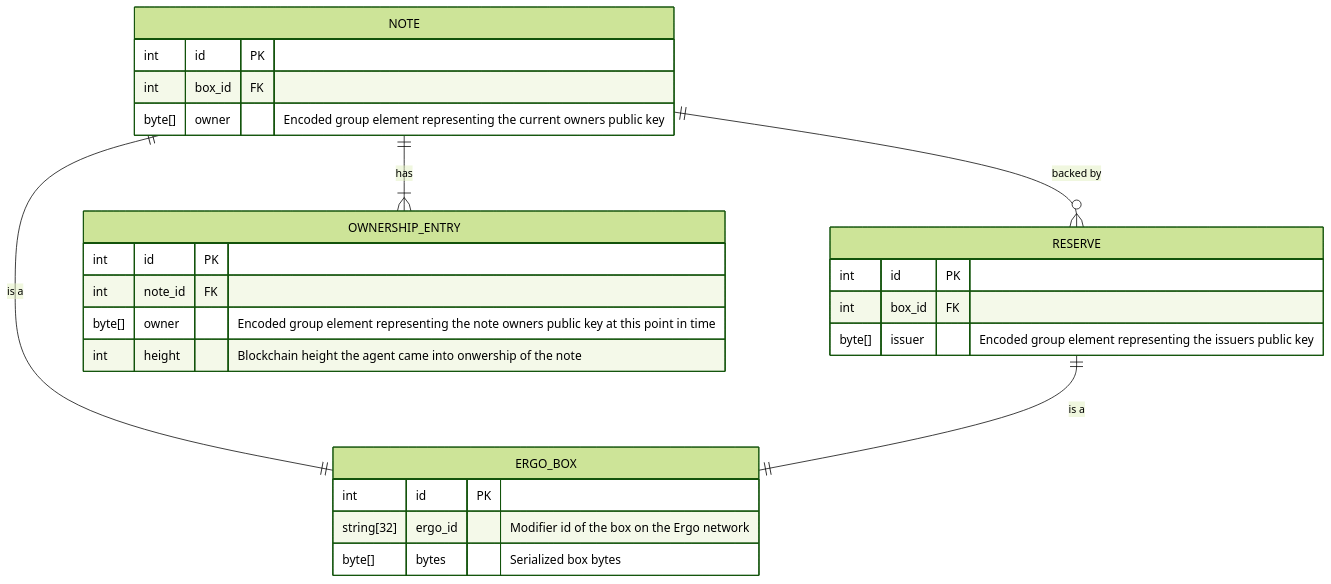
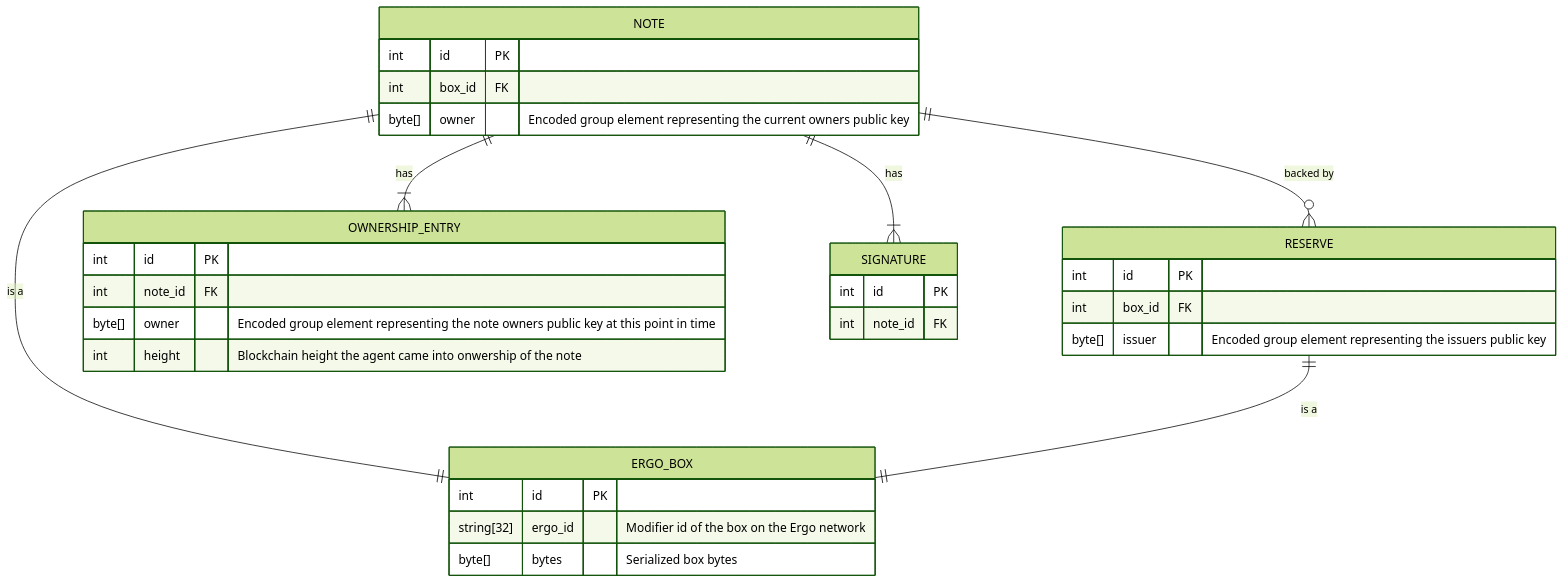
Before and after one commit to ChainCashLabs/chaincash-rs: the diagram in docs/MODEL.md, drawn with Mermaid (forest theme).

Commit message:
add signature model

````diff
--- a/docs/MODEL.md
+++ b/docs/MODEL.md
@@ -5,28 +5,33 @@
 ```mermaid
 erDiagram
     NOTE {
         int id PK
         int box_id FK
         byte[] owner "Encoded group element representing the current owners public key"
     }
     RESERVE {
         int id PK
         int box_id FK
         byte[] issuer "Encoded group element representing the issuers public key"
     }
     ERGO_BOX {
         int id PK
         string[32] ergo_id "Modifier id of the box on the Ergo network"
         byte[] bytes "Serialized box bytes"
     }
     OWNERSHIP_ENTRY {
         int id PK
         int note_id FK
         byte[] owner "Encoded group element representing the note owners public key at this point in time"
         int height "Blockchain height the agent came into onwership of the note"
     }
+    SIGNATURE {
+        int id PK
+        int note_id FK
+    }
     NOTE ||--o{ RESERVE : "backed by"
     NOTE ||--|{ OWNERSHIP_ENTRY : "has"
+    NOTE ||--|{ SIGNATURE : "has"
     NOTE ||--|| ERGO_BOX : "is a"
     RESERVE ||--|| ERGO_BOX : "is a"
 ```
````
